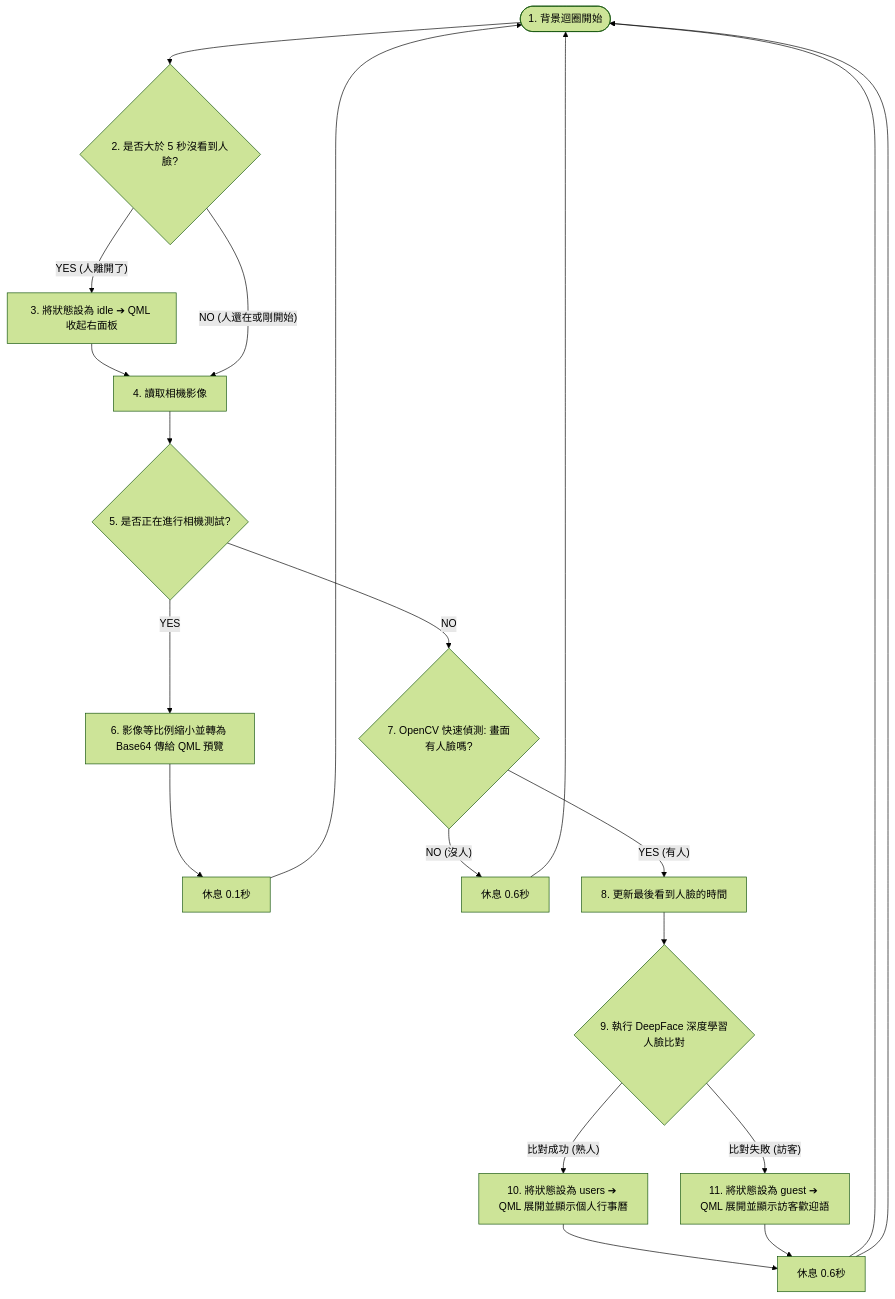
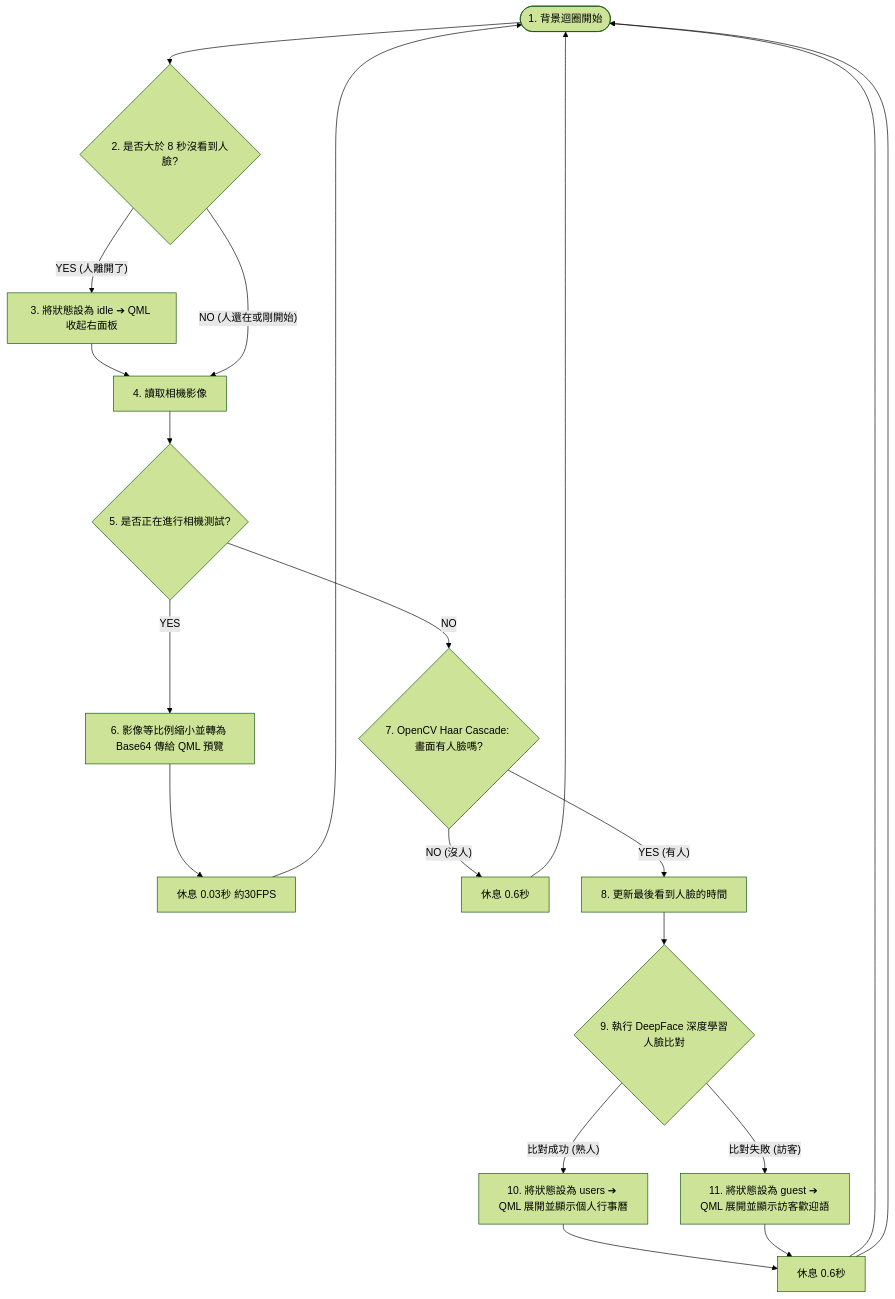
One commit to Kaih1825/Glance changed the second of 5 diagrams in README.md. Above: the diagram before and after it, drawn with Mermaid (forest theme). The commit also changed other lines of this file, not shown here.

````diff
--- a/README.md
+++ b/README.md
@@ -61,16 +113,16 @@
 ```mermaid
 flowchart TD
-    Start([1. 背景迴圈開始]) --> TimeoutCheck{2. 是否大於 5 秒沒看到人臉?}
+    Start([1. 背景迴圈開始]) --> TimeoutCheck{2. 是否大於 8 秒沒看到人臉?}
     TimeoutCheck -- YES (人離開了) --> SetIdle[3. 將狀態設為 idle ➔ QML 收起右面板] --> ReadFrame[4. 讀取相機影像]
     TimeoutCheck -- NO (人還在或剛開始) --> ReadFrame
     
     ReadFrame --> CheckPreview{5. 是否正在進行相機測試?}
-    CheckPreview -- YES --> SendBase64[6. 影像等比例縮小並轉為 Base64 傳給 QML 預覽] --> SleepPreview[休息 0.1秒] --> Start
-    CheckPreview -- NO --> OpenCVFace{7. OpenCV 快速偵測: 畫面有人臉嗎?}
+    CheckPreview -- YES --> SendBase64[6. 影像等比例縮小並轉為 Base64 傳給 QML 預覽] --> SleepPreview[休息 0.03秒 約30FPS] --> Start
+    CheckPreview -- NO --> OpenCVFace{7. OpenCV Haar Cascade: 畫面有人臉嗎?}
     
     OpenCVFace -- NO (沒人) --> SleepIdle[休息 0.6秒] --> Start
     OpenCVFace -- YES (有人) --> UpdateTime[8. 更新最後看到人臉的時間] --> DeepFace{9. 執行 DeepFace 深度學習人臉比對}
     
     DeepFace -- 比對成功 (熟人) --> SetUsers[10. 將狀態設為 users ➔ QML 展開並顯示個人行事曆] --> SleepNormal[休息 0.6秒] --> Start
     DeepFace -- 比對失敗 (訪客) --> SetGuest[11. 將狀態設為 guest ➔ QML 展開並顯示訪客歡迎語] --> SleepNormal --> Start
 ```
````
